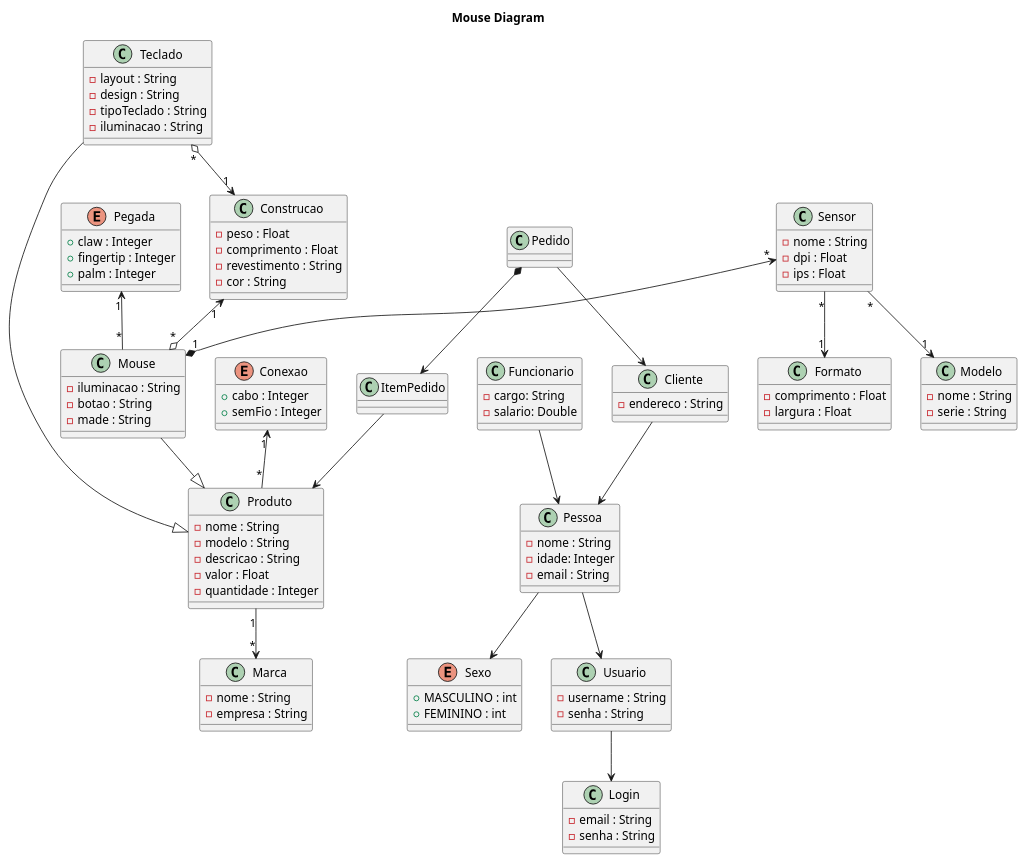
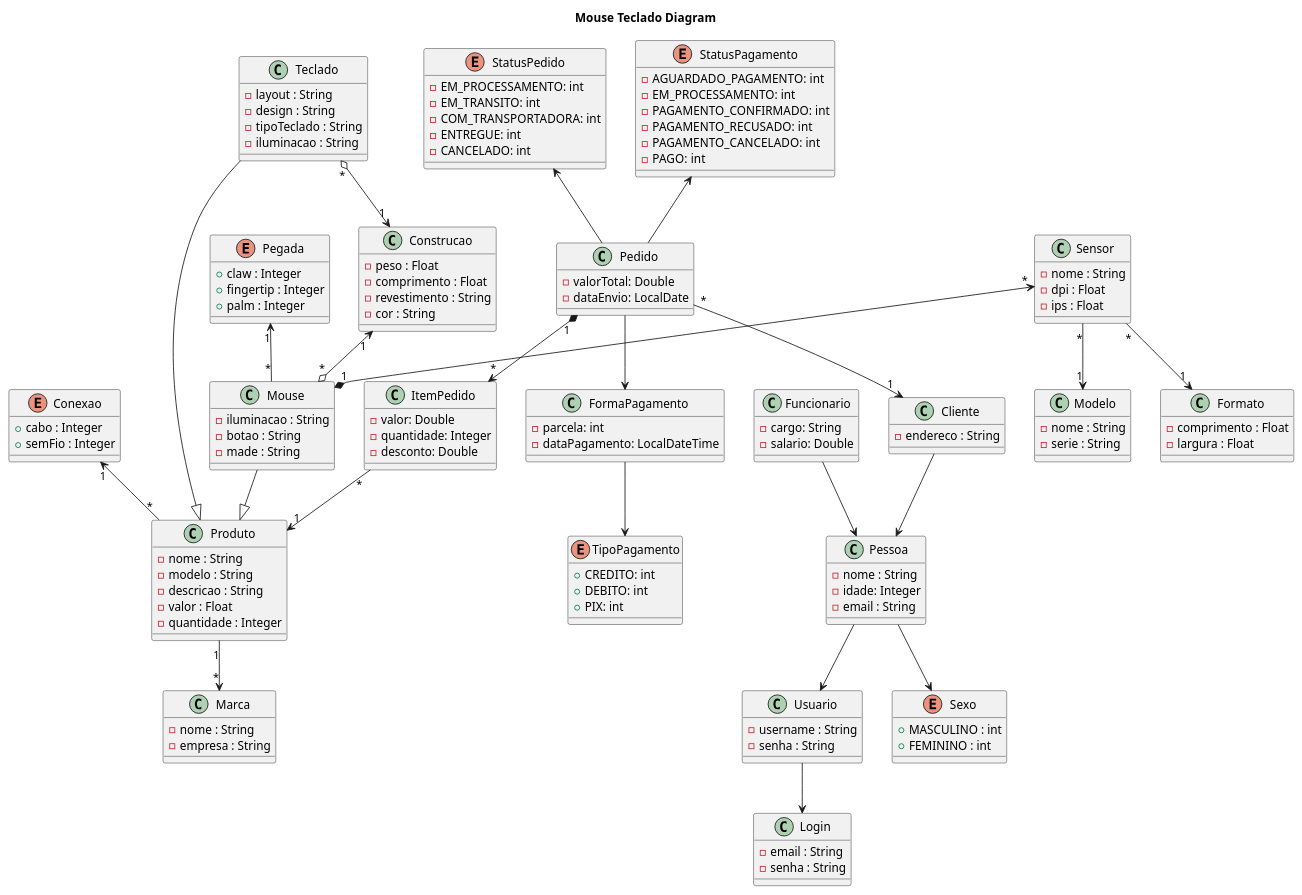
Before and after one commit to LucasGabrielSousaDaSilva/e-commerce-teclado-mouse: the diagram in src/main/resources/docs/ecommerce_mouse_teclado.plantuml, drawn with PlantUML. The commit also changed 27 other files, not shown here.

```diff
--- a/src/main/resources/docs/ecommerce_mouse_teclado.plantuml
+++ b/src/main/resources/docs/ecommerce_mouse_teclado.plantuml
@@ -1,126 +1,162 @@
-@startuml
+@startuml Mouse Teclado Diagram
 
-title Mouse Diagram
+title Mouse Teclado Diagram
 
 class Mouse{
   -iluminacao : String
   -botao : String
   -made : String
 }
 
 class Teclado{
   -layout : String
   -design : String
   -tipoTeclado : String
   -iluminacao : String
 }
 
 enum Pegada{
   +claw : Integer
   +fingertip : Integer
   +palm : Integer
 }
 
 class Produto{
   -nome : String
   -modelo : String
   -descricao : String
   -valor : Float
   -quantidade : Integer
 }
 
 enum Conexao{
   +cabo : Integer
   +semFio : Integer
 }
 
 class Marca{
   -nome : String
   -empresa : String
 }
 
 class Construcao{
   -peso : Float
   -comprimento : Float
   -revestimento : String
   -cor : String
 }
 
 class Sensor{
   -nome : String
   -dpi : Float
   -ips : Float
 }
 
 class Formato{
   -comprimento : Float
   -largura : Float
 }
 
 class Modelo{
   -nome : String
   -serie : String
 }
 
 class Pedido{
-
+  - valorTotal: Double
+  - dataEnvio: LocalDate
 }
 
 class ItemPedido{
+ - valor: Double
+ - quantidade: Integer
+ - desconto: Double
+}
 
+class FormaPagamento {
+    - parcela: int
+    - dataPagamento: LocalDateTime
+}
+
+enum TipoPagamento{
+  + CREDITO: int
+  + DEBITO: int
+  + PIX: int
+}
+
+enum StatusPedido {
+  - EM_PROCESSAMENTO: int
+  - EM_TRANSITO: int
+  - COM_TRANSPORTADORA: int
+  - ENTREGUE: int
+  - CANCELADO: int
+}
+
+enum StatusPagamento{                         
+  - AGUARDADO_PAGAMENTO: int
+  - EM_PROCESSAMENTO: int
+  - PAGAMENTO_CONFIRMADO: int
+  - PAGAMENTO_RECUSADO: int
+  - PAGAMENTO_CANCELADO: int
+  - PAGO: int
 }
 
 class Funcionario{
  - cargo: String
  - salario: Double
 }
 
 class Cliente{
  -endereco : String 
 }
 
 Class Pessoa{
  -nome : String
  -idade: Integer
  -email : String
 }
 
 enum Sexo{
  + MASCULINO : int
  + FEMININO : int
 }
 
 Class Usuario{
  -username : String
  -senha : String
 }
 
 Class Login{
  -email : String
  -senha : String
 }
 
 Pegada "1"<--"*" Mouse
 Construcao "1"<--o "*" Mouse
 Sensor "*"<--*"1" Mouse
 Sensor "*"-->"1" Modelo
 Sensor "*"-->"1" Formato
 Mouse --|> Produto
 Produto "1"-->"*" Marca
 Conexao "1"<--"*" Produto
 
 Teclado "*" o-->"1" Construcao
 Teclado --|> Produto
 
 Usuario --> Login
 Pessoa --> Usuario
 Pessoa --> Sexo
 Cliente --> Pessoa
 Funcionario --> Pessoa
 
-Pedido --> Cliente
-Pedido *--> ItemPedido
-ItemPedido --> Produto
+Pedido "*" --> "1" Cliente
+Pedido "1" *--> "*" ItemPedido
+ItemPedido "*" --> "1" Produto
+
+Pedido --> FormaPagamento
+FormaPagamento --> TipoPagamento
+StatusPagamento <-- Pedido
+StatusPedido <-- Pedido
 
 
 @enduml
```
